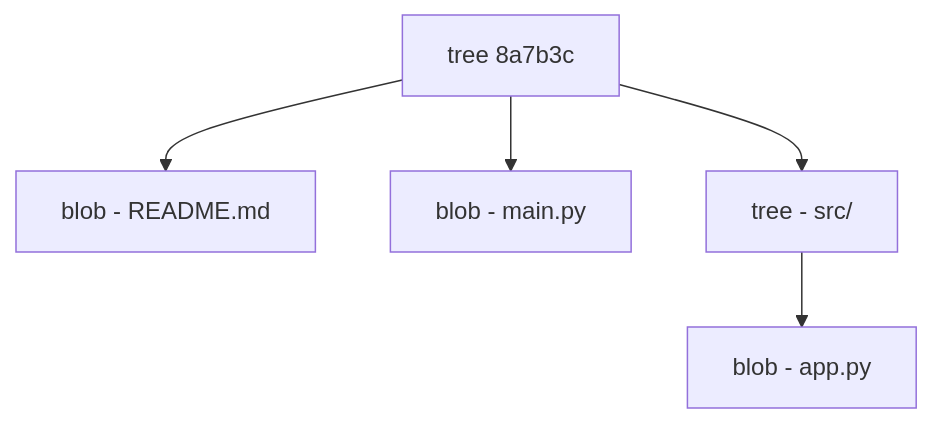
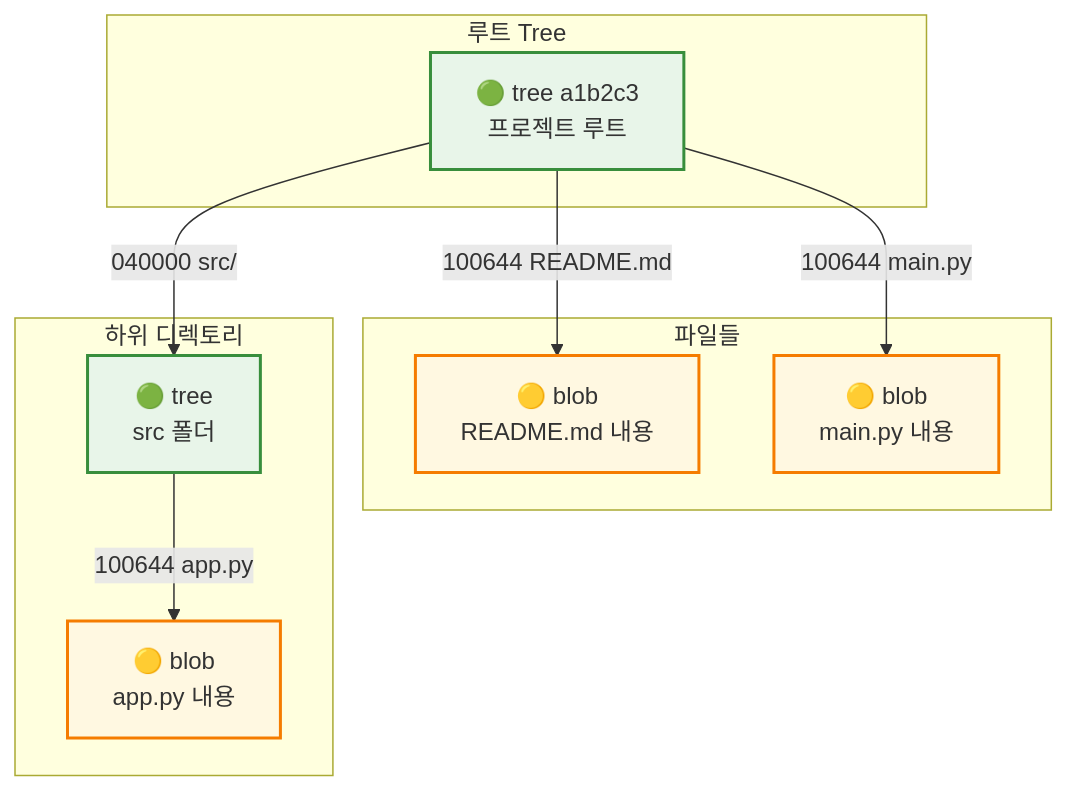
Before and after one commit to hiddenpunch/hiddenpunch.github.io: the third of 8 diagrams in content/posts/git-internals-01-object-storage.md, drawn with Mermaid. The commit also changed other lines of this file, not shown here.

Commit message:
Improve diagrams with explanations and styling

```diff
--- a/content/posts/git-internals-01-object-storage.md
+++ b/content/posts/git-internals-01-object-storage.md
@@ -72,7 +118,27 @@
 <div class="mermaid">
 flowchart TB
-    T1[tree 8a7b3c] --> B1[blob - README.md]
-    T1 --> B2[blob - main.py]
-    T1 --> T2[tree - src/]
-    T2 --> B3[blob - app.py]
+    subgraph root[루트 Tree]
+        T1[🟢 tree a1b2c3<br/>프로젝트 루트]
+    end
+    
+    subgraph files[파일들]
+        B1[🟡 blob<br/>README.md 내용]
+        B2[🟡 blob<br/>main.py 내용]
+    end
+    
+    subgraph subdir[하위 디렉토리]
+        T2[🟢 tree<br/>src 폴더]
+        B3[🟡 blob<br/>app.py 내용]
+    end
+    
+    T1 -->|"100644 README.md"| B1
+    T1 -->|"100644 main.py"| B2
+    T1 -->|"040000 src/"| T2
+    T2 -->|"100644 app.py"| B3
+    
+    style T1 fill:#e8f5e9,stroke:#388e3c,stroke-width:2px
+    style T2 fill:#e8f5e9,stroke:#388e3c,stroke-width:2px
+    style B1 fill:#fff8e1,stroke:#f57c00,stroke-width:2px
+    style B2 fill:#fff8e1,stroke:#f57c00,stroke-width:2px
+    style B3 fill:#fff8e1,stroke:#f57c00,stroke-width:2px
 </div>
```
